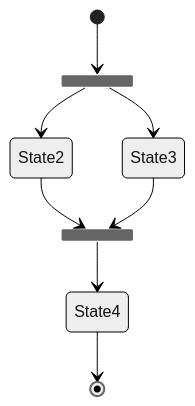
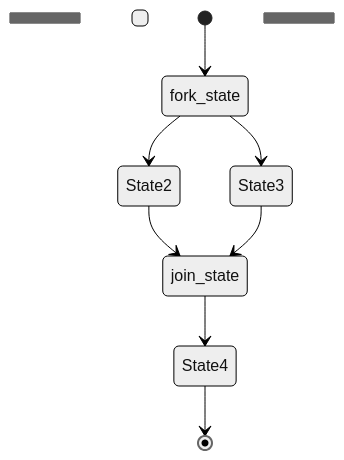
One commit to yanjinzh6/notes changed the seventh of 9 diagrams in development/markdown/markdown-mermaid-state-diagram.md. Above: the diagram before and after it, drawn with Mermaid (neutral theme). The commit also changed other lines of this file and 4 other files, not shown here.

````diff
--- a/development/markdown/markdown-mermaid-state-diagram.md
+++ b/development/markdown/markdown-mermaid-state-diagram.md
@@ -172,13 +174,13 @@
 ```mermaid
 stateDiagram
-  state fork_state <<fork>>
+  state fork_state <escape><<fork>></escape>
     [*] --> fork_state
     fork_state --> State2
     fork_state --> State3
 
-    state join_state <<join>>
+    state join_state <escape><<join>></escape>
     State2 --> join_state
     State3 --> join_state
     join_state --> State4
     State4 --> [*]
 ```
````
